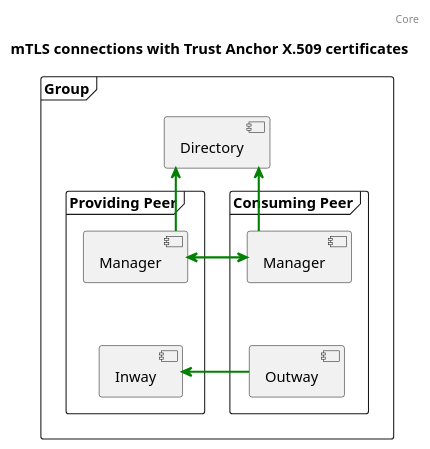
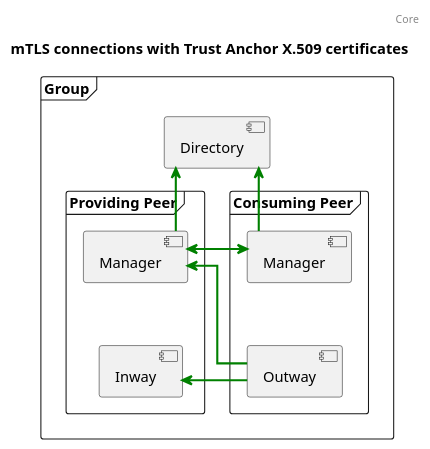
The diagram in diagrams/seq-mtls-connections.puml (Logius-standaarden/fsc-core), drawn with PlantUML before and after one commit. The commit also changed 2 other files, not shown here.

```diff
--- a/diagrams/seq-mtls-connections.puml
+++ b/diagrams/seq-mtls-connections.puml
@@ -1,28 +1,29 @@
 @startuml
 
 header: Core
 title mTLS connections with Trust Anchor X.509 certificates
 
 frame "Group" {
   frame "Consuming Peer" {
     component Outway as outway
     component "Manager" as managerConsumingPeer
   }
   frame "Providing Peer" {
      Component Inway as inway
      component "Manager" as managerProvidingPeer
   }
   component Directory as directory
 }
 
 managerConsumingPeer <-[bold,#green]l-> managerProvidingPeer
 managerProvidingPeer -[bold,#green]u-> directory
 managerConsumingPeer -[bold,#green]u-> directory
 outway -[bold,#green]l-> inway
+outway -[bold,#green]l-> managerProvidingPeer
 outway -[hidden]u-> managerConsumingPeer
 inway -[hidden]u-> managerProvidingPeer
 
 skinparam boxPadding 50
 skinparam linetype polyline
 skinparam linetype ortho
 @enduml
```
